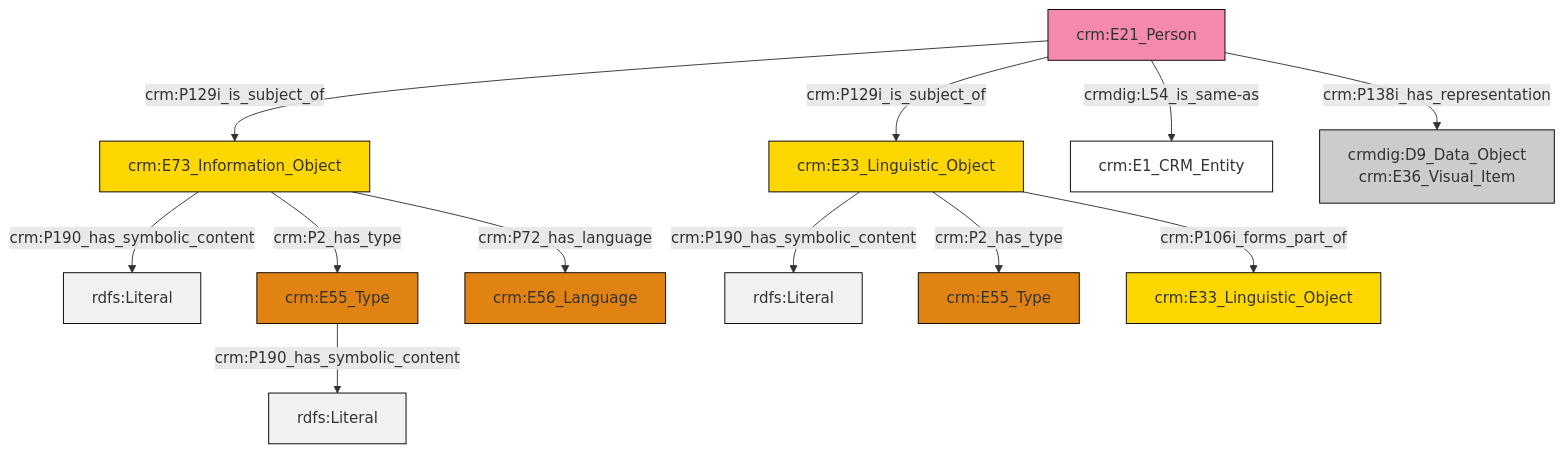
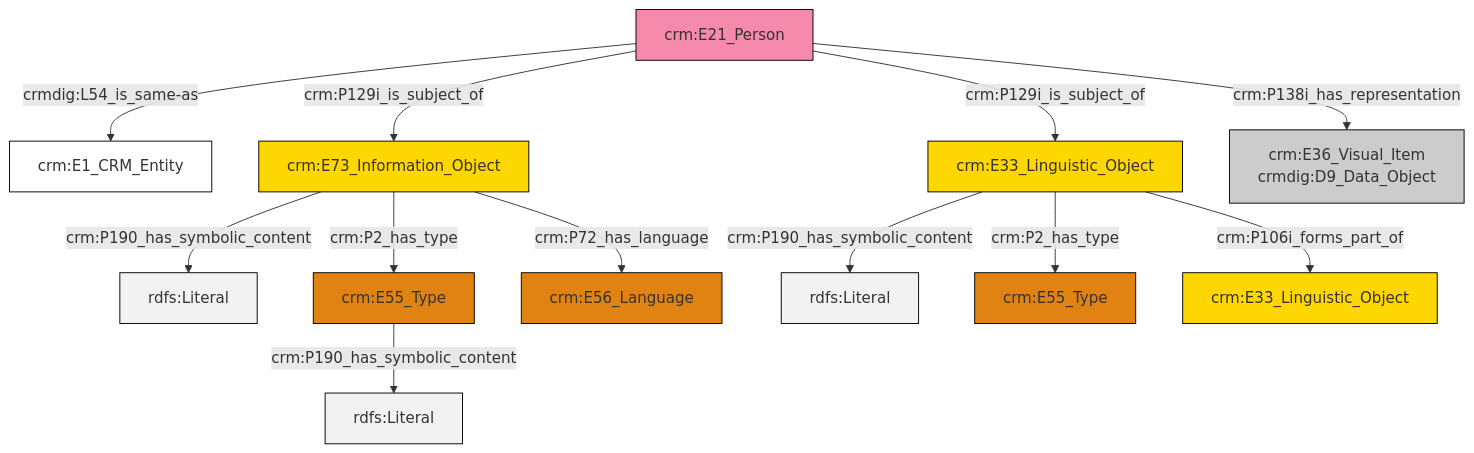
The diagram in et/personCSV/ttl/mmd/Person_Documentation.ttl.mmd (swiss-art-research-net/reference-data-models), drawn with Mermaid before and after one commit. The commit also changed 126 other files, not shown here.

```diff
--- a/et/personCSV/ttl/mmd/Person_Documentation.ttl.mmd
+++ b/et/personCSV/ttl/mmd/Person_Documentation.ttl.mmd
@@ -1,26 +1,26 @@
 graph TD
 classDef Literal fill:#f2f2f2,stroke:#000000;
 classDef CRM_Entity fill:#FFFFFF,stroke:#000000;
 classDef Temporal_Entity fill:#00C9E6, stroke:#000000;
 classDef Type fill:#E18312, stroke:#000000;
 classDef Time-Span fill:#2C9C91, stroke:#000000;
 classDef Appellation fill:#FFEB7F, stroke:#000000;
 classDef Place fill:#008836, stroke:#000000;
 classDef Persistent_Item fill:#B266B2, stroke:#000000;
 classDef Conceptual_Object fill:#FFD700, stroke:#000000;
 classDef Physical_Thing fill:#D2B48C, stroke:#000000;
 classDef Actor fill:#f58aad, stroke:#000000;
 classDef PC_Classes fill:#4ce600, stroke:#000000;
 classDef Multi fill:#cccccc,stroke:#000000;
 
 0["crm:E33_Linguistic_Object"]:::Conceptual_Object -->|crm:P190_has_symbolic_content| 1[rdfs:Literal]:::Literal
-2["crm:E73_Information_Object"]:::Conceptual_Object -->|crm:P190_has_symbolic_content| 3[rdfs:Literal]:::Literal
-2["crm:E73_Information_Object"]:::Conceptual_Object -->|crm:P2_has_type| 12["crm:E55_Type"]:::Type
-12["crm:E55_Type"]:::Type -->|crm:P190_has_symbolic_content| 13[rdfs:Literal]:::Literal
-0["crm:E33_Linguistic_Object"]:::Conceptual_Object -->|crm:P2_has_type| 6["crm:E55_Type"]:::Type
-10["crm:E21_Person"]:::Actor -->|crm:P129i_is_subject_of| 2["crm:E73_Information_Object"]:::Conceptual_Object
-10["crm:E21_Person"]:::Actor -->|crm:P129i_is_subject_of| 0["crm:E33_Linguistic_Object"]:::Conceptual_Object
-10["crm:E21_Person"]:::Actor -->|crmdig:L54_is_same-as| 8["crm:E1_CRM_Entity"]:::CRM_Entity
-2["crm:E73_Information_Object"]:::Conceptual_Object -->|crm:P72_has_language| 4["crm:E56_Language"]:::Type
+4["crm:E73_Information_Object"]:::Conceptual_Object -->|crm:P190_has_symbolic_content| 6[rdfs:Literal]:::Literal
+8["crm:E21_Person"]:::Actor -->|crmdig:L54_is_same-as| 9["crm:E1_CRM_Entity"]:::CRM_Entity
+8["crm:E21_Person"]:::Actor -->|crm:P129i_is_subject_of| 4["crm:E73_Information_Object"]:::Conceptual_Object
+12["crm:E55_Type"]:::Type -->|crm:P190_has_symbolic_content| 14[rdfs:Literal]:::Literal
+0["crm:E33_Linguistic_Object"]:::Conceptual_Object -->|crm:P2_has_type| 2["crm:E55_Type"]:::Type
+8["crm:E21_Person"]:::Actor -->|crm:P129i_is_subject_of| 0["crm:E33_Linguistic_Object"]:::Conceptual_Object
+4["crm:E73_Information_Object"]:::Conceptual_Object -->|crm:P2_has_type| 12["crm:E55_Type"]:::Type
+8["crm:E21_Person"]:::Actor -->|crm:P138i_has_representation| 19["crm:E36_Visual_Item<br>crmdig:D9_Data_Object"]:::Multi
 0["crm:E33_Linguistic_Object"]:::Conceptual_Object -->|crm:P106i_forms_part_of| 15["crm:E33_Linguistic_Object"]:::Conceptual_Object
-10["crm:E21_Person"]:::Actor -->|crm:P138i_has_representation| 19["crmdig:D9_Data_Object<br>crm:E36_Visual_Item"]:::Multi
+4["crm:E73_Information_Object"]:::Conceptual_Object -->|crm:P72_has_language| 10["crm:E56_Language"]:::Type
```
